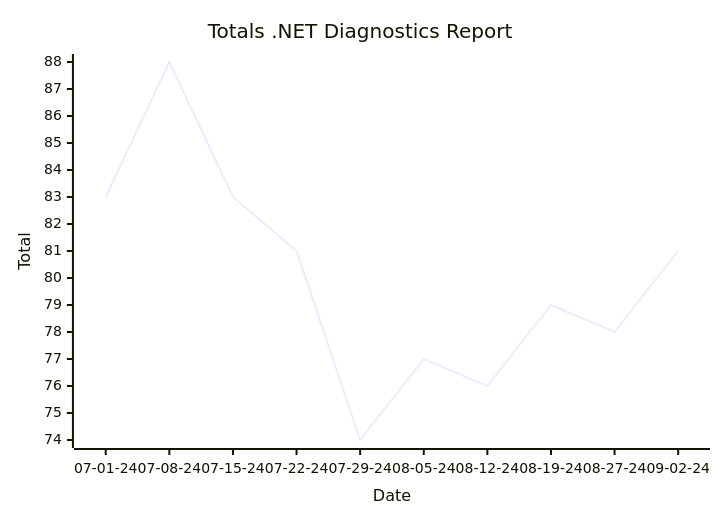
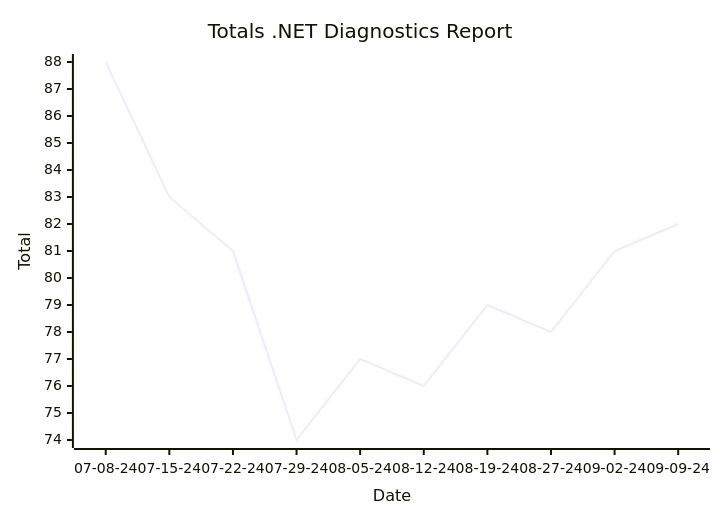
Before and after one commit to hoyosjs/gh-issue-tracker: the first of 2 diagrams in reports/README.md, drawn with Mermaid. The commit also changed other lines of this file and 4 other files, not shown here.

````diff
--- a/reports/README.md
+++ b/reports/README.md
@@ -7,7 +7,7 @@
 ```mermaid
 xychart-beta
   title "Totals .NET Diagnostics Report"
-  x-axis "Date" ["07-01-24", "07-08-24", "07-15-24", "07-22-24", "07-29-24", "08-05-24", "08-12-24", "08-19-24", "08-27-24", "09-02-24"]
+  x-axis "Date" ["07-08-24", "07-15-24", "07-22-24", "07-29-24", "08-05-24", "08-12-24", "08-19-24", "08-27-24", "09-02-24", "09-09-24"]
   y-axis "Total"
-  line [83, 88, 83, 81, 74, 77, 76, 79, 78, 81]
+  line [88, 83, 81, 74, 77, 76, 79, 78, 81, 82]
 ```
````
